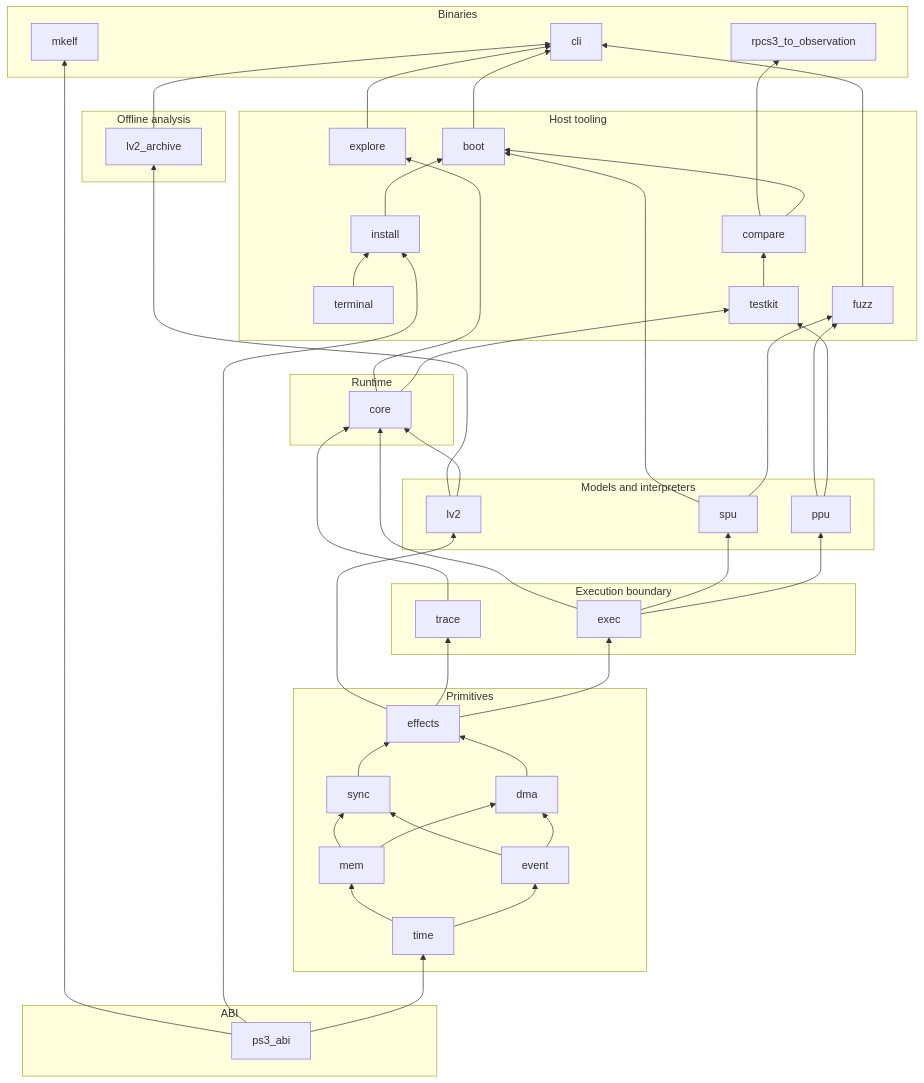
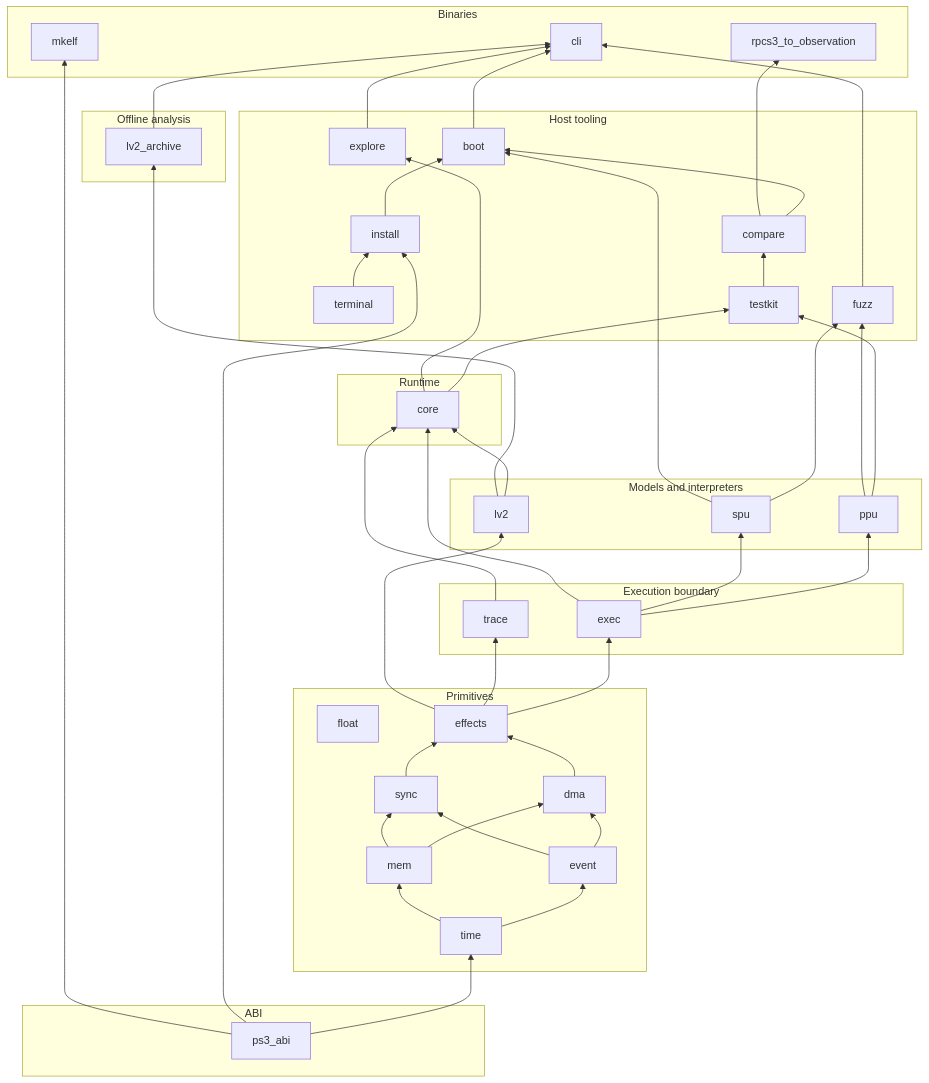
Before and after one commit to RoyalAce22/CellGov: the diagram in docs/architecture/workspace.md, drawn with Mermaid. The commit also changed other lines of this file and 13 other files, not shown here.

````diff
--- a/docs/architecture/workspace.md
+++ b/docs/architecture/workspace.md
@@ -18,63 +18,63 @@
 ```mermaid
 graph BT
   subgraph ABI
     ps3_abi
   end
   subgraph Primitives
-    time; event; mem; dma; sync; effects
+    time; float; event; mem; dma; sync; effects
   end
   subgraph Execution boundary
     exec; trace
   end
   subgraph Models and interpreters
     lv2; ppu; spu
   end
   subgraph Runtime
     core
   end
   subgraph Offline analysis
     lv2_archive
   end
   subgraph Host tooling
     terminal; testkit; compare; explore; fuzz; install; boot
   end
   subgraph Binaries
     cli; mkelf; rpcs3_to_observation
   end
 
   ps3_abi --> time
   time --> event
   time --> mem
   event --> dma
   mem --> dma
   event --> sync
   mem --> sync
   dma --> effects
   sync --> effects
   effects --> exec
   effects --> trace
   effects --> lv2
   exec --> ppu
   exec --> spu
   exec --> core
   lv2 --> core
   trace --> core
   lv2 --> lv2_archive
   core --> testkit
   ppu --> testkit
   testkit --> compare
   core --> explore
   ppu --> fuzz
   spu --> fuzz
   ps3_abi --> install
   terminal --> install
   compare --> boot
   install --> boot
   spu --> boot
   boot --> cli
   explore --> cli
   fuzz --> cli
   lv2_archive --> cli
   ps3_abi --> mkelf
   compare --> rpcs3_to_observation
 ```
````
